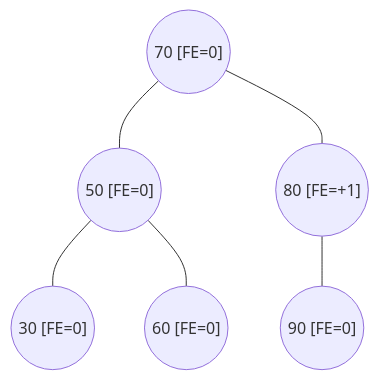
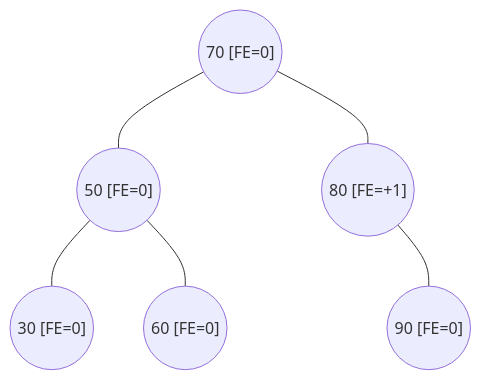
Before and after one commit to frijolitobandido/Guia_Matematica_Discreta: diagram 23 of 36 in 03-arboles.md, drawn with Mermaid. The commit also changed other lines of this file, not shown here.

````diff
--- a/03-arboles.md
+++ b/03-arboles.md
@@ -616,8 +618,12 @@
 ```mermaid
 graph TD
     h1(("70 [FE=0]")) --- h2(("50 [FE=0]"))
     h1 --- h3(("80 [FE=+1]"))
     h2 --- h4(("30 [FE=0]"))
     h2 --- h5(("60 [FE=0]"))
-    h3 --- h6(("90 [FE=0]"))
+    h3 --- h6[" "]:::invis
+    h3 --- h7(("90 [FE=0]"))
+
+    classDef invis fill:none,stroke:none,color:none
+    linkStyle 4 stroke:none;
 ```
````
